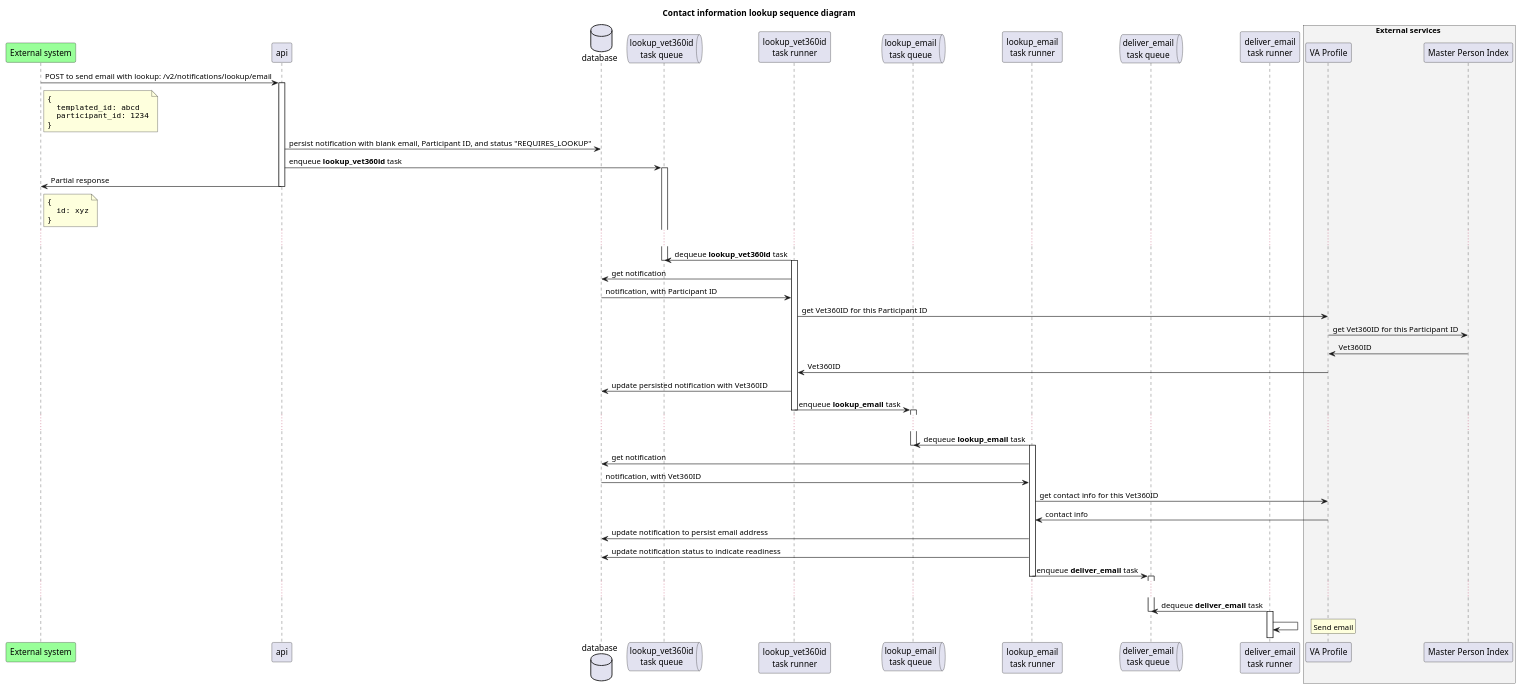
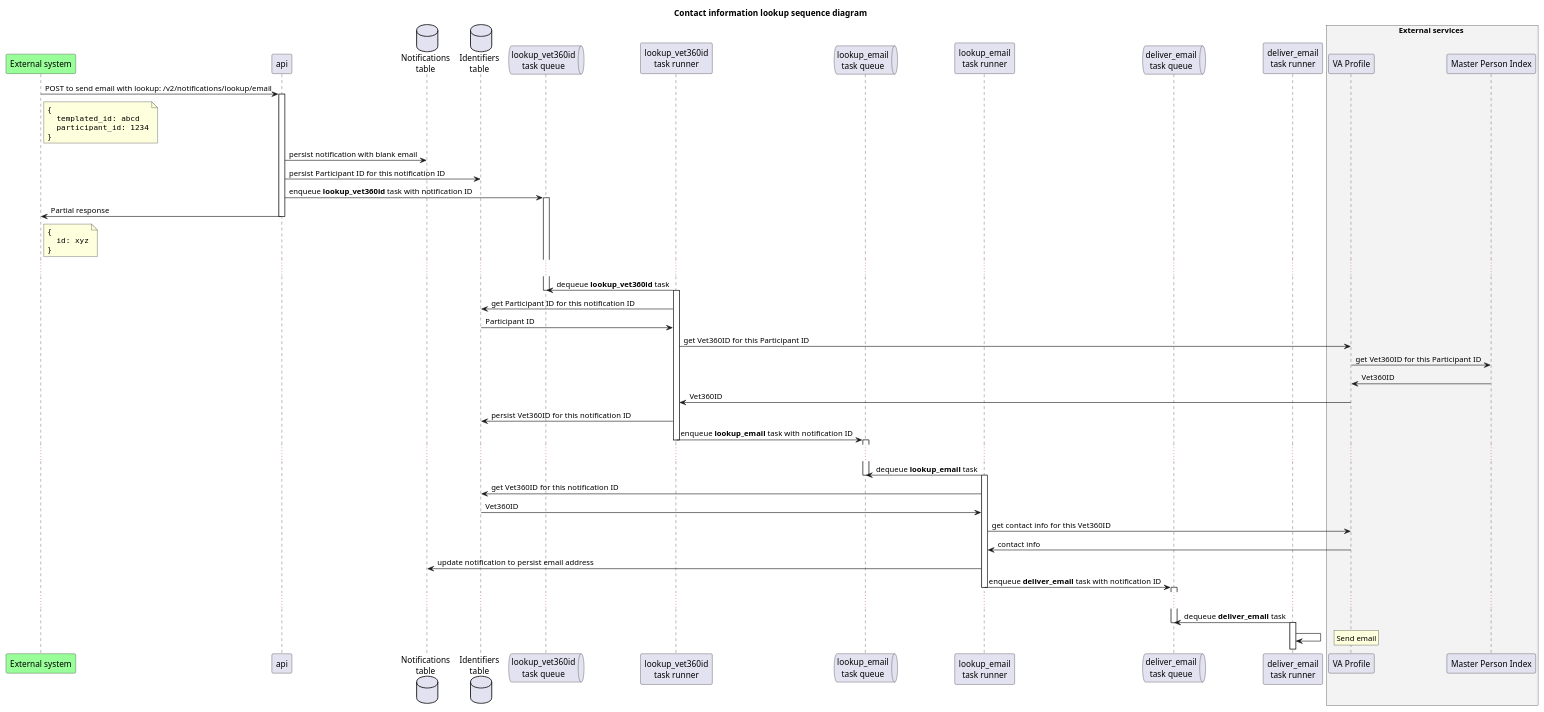
One commit to cds-snc/notification-api changed the diagram in documents/contact-info-lookup-sequence-diagram.puml. Above: the diagram before and after it, drawn with PlantUML.

Commit message:
[#121] updates sequence diagram to reflect persisting VA identifiers separately from the notification

```diff
--- a/documents/contact-info-lookup-sequence-diagram.puml
+++ b/documents/contact-info-lookup-sequence-diagram.puml
@@ -1,96 +1,97 @@
 @startuml
 title Contact information lookup sequence diagram
 
 participant "External system" as ext #99FF99
 participant api
-database database
+database "Notifications\ntable" as notifications_table
+database "Identifiers\ntable" as identifiers_table
 
 queue "lookup_vet360id\ntask queue" as lookup_vet360id_queue
 participant "lookup_vet360id\ntask runner" as lookup_vet360id_runner
 
 queue "lookup_email\ntask queue" as lookup_email_queue
 participant "lookup_email\ntask runner" as lookup_email_runner
 
 queue "deliver_email\ntask queue" as deliver_email_queue
 participant "deliver_email\ntask runner" as deliver_email_runner
 
 
 box External services #f3f3f3
 participant "VA Profile" as vaprofile
 participant "Master Person Index" as mpi
 end box
 
 ext -> api : POST to send email with lookup: /v2/notifications/lookup/email
 activate api
 note right of ext
   ""{""
   ""  templated_id: abcd""
   ""  participant_id: 1234""
   ""}""
 end note
 
-api -> database: persist notification with blank email, Participant ID, and status "REQUIRES_LOOKUP"
+api -> notifications_table: persist notification with blank email
+api -> identifiers_table: persist Participant ID for this notification ID
 
-api -> lookup_vet360id_queue: enqueue **lookup_vet360id** task
+api -> lookup_vet360id_queue: enqueue **lookup_vet360id** task with notification ID
 activate lookup_vet360id_queue
 
 api -> ext: Partial response
 note right of ext
   ""{""
   ""  id: xyz""
   ""}""
 end note
 deactivate api
 
 ...
 
 lookup_vet360id_runner -> lookup_vet360id_queue: dequeue **lookup_vet360id** task
 deactivate lookup_vet360id_queue
 activate lookup_vet360id_runner
 
-lookup_vet360id_runner -> database: get notification
-database -> lookup_vet360id_runner: notification, with Participant ID
+lookup_vet360id_runner -> identifiers_table: get Participant ID for this notification ID
+identifiers_table -> lookup_vet360id_runner: Participant ID
 
 lookup_vet360id_runner -> vaprofile: get Vet360ID for this Participant ID
 
 vaprofile -> mpi: get Vet360ID for this Participant ID
 
 mpi -> vaprofile: Vet360ID
 
 vaprofile -> lookup_vet360id_runner: Vet360ID
 
-lookup_vet360id_runner -> database: update persisted notification with Vet360ID
+lookup_vet360id_runner -> identifiers_table: persist Vet360ID for this notification ID
 
-lookup_vet360id_runner -> lookup_email_queue: enqueue **lookup_email** task
+lookup_vet360id_runner -> lookup_email_queue: enqueue **lookup_email** task with notification ID
 deactivate lookup_vet360id_runner
 activate lookup_email_queue
 
 ...
 
 lookup_email_runner -> lookup_email_queue: dequeue **lookup_email** task
 deactivate lookup_email_queue
 activate lookup_email_runner
 
-lookup_email_runner -> database: get notification
-database -> lookup_email_runner: notification, with Vet360ID
+lookup_email_runner -> identifiers_table: get Vet360ID for this notification ID
+identifiers_table -> lookup_email_runner: Vet360ID
 
 lookup_email_runner -> vaprofile: get contact info for this Vet360ID
 
 vaprofile -> lookup_email_runner: contact info
 
-lookup_email_runner -> database: update notification to persist email address
-lookup_email_runner -> database: update notification status to indicate readiness
+lookup_email_runner -> notifications_table: update notification to persist email address
 
-lookup_email_runner -> deliver_email_queue: enqueue **deliver_email** task
+lookup_email_runner -> deliver_email_queue: enqueue **deliver_email** task with notification ID
 deactivate lookup_email_runner
 activate deliver_email_queue
 
 ...
 
 deliver_email_runner -> deliver_email_queue: dequeue **deliver_email** task
 deactivate deliver_email_queue
 activate deliver_email_runner
 
 deliver_email_runner -> deliver_email_runner
 rnote right: Send email
 @enduml
```
